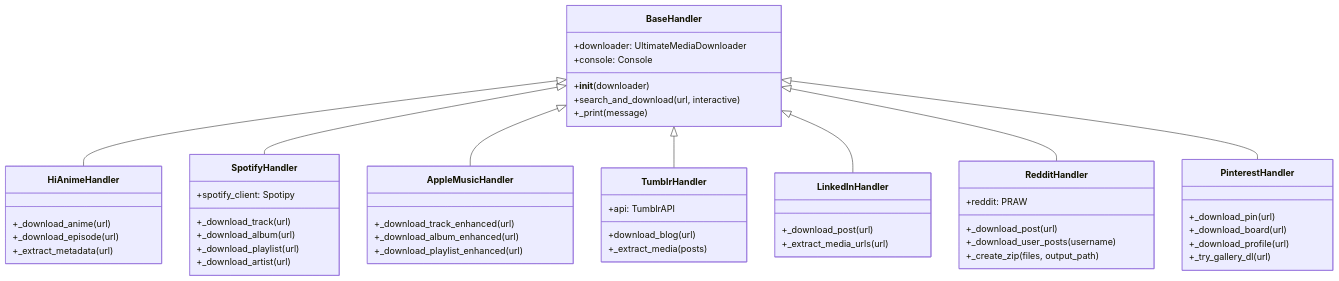
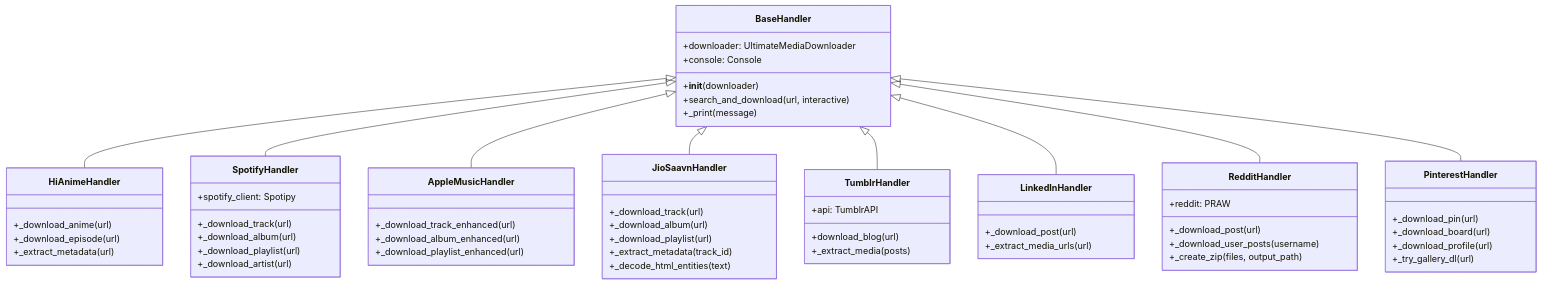
Before and after one commit to NK2552003/ULTIMATE-MEDIA-DOWNLOADER: the first of 15 diagrams in documentations/HANDLERS.md, drawn with Mermaid. The commit also changed other lines of this file and 7 other files, not shown here.

````diff
--- a/documentations/HANDLERS.md
+++ b/documentations/HANDLERS.md
@@ -68,63 +70,72 @@
 ```mermaid
 classDiagram
     class BaseHandler {
         +downloader: UltimateMediaDownloader
         +console: Console
         +__init__(downloader)
         +search_and_download(url, interactive)
         +_print(message)
     }
 
     class SpotifyHandler {
         +spotify_client: Spotipy
         +_download_track(url)
         +_download_album(url)
         +_download_playlist(url)
         +_download_artist(url)
     }
 
     class AppleMusicHandler {
         +_download_track_enhanced(url)
         +_download_album_enhanced(url)
         +_download_playlist_enhanced(url)
+    }
+
+    class JioSaavnHandler {
+        +_download_track(url)
+        +_download_album(url)
+        +_download_playlist(url)
+        +_extract_metadata(track_id)
+        +_decode_html_entities(text)
     }
 
     class TumblrHandler {
         +api: TumblrAPI
         +download_blog(url)
         +_extract_media(posts)
     }
 
     class LinkedInHandler {
         +_download_post(url)
         +_extract_media_urls(url)
     }
 
     class RedditHandler {
         +reddit: PRAW
         +_download_post(url)
         +_download_user_posts(username)
         +_create_zip(files, output_path)
     }
 
     class PinterestHandler {
         +_download_pin(url)
         +_download_board(url)
         +_download_profile(url)
         +_try_gallery_dl(url)
     }
 
     class HiAnimeHandler {
         +_download_anime(url)
         +_download_episode(url)
         +_extract_metadata(url)
     }
 
     BaseHandler <|-- HiAnimeHandler
     BaseHandler <|-- SpotifyHandler
     BaseHandler <|-- AppleMusicHandler
+    BaseHandler <|-- JioSaavnHandler
     BaseHandler <|-- TumblrHandler
     BaseHandler <|-- LinkedInHandler
     BaseHandler <|-- RedditHandler
     BaseHandler <|-- PinterestHandler
 ```
````
